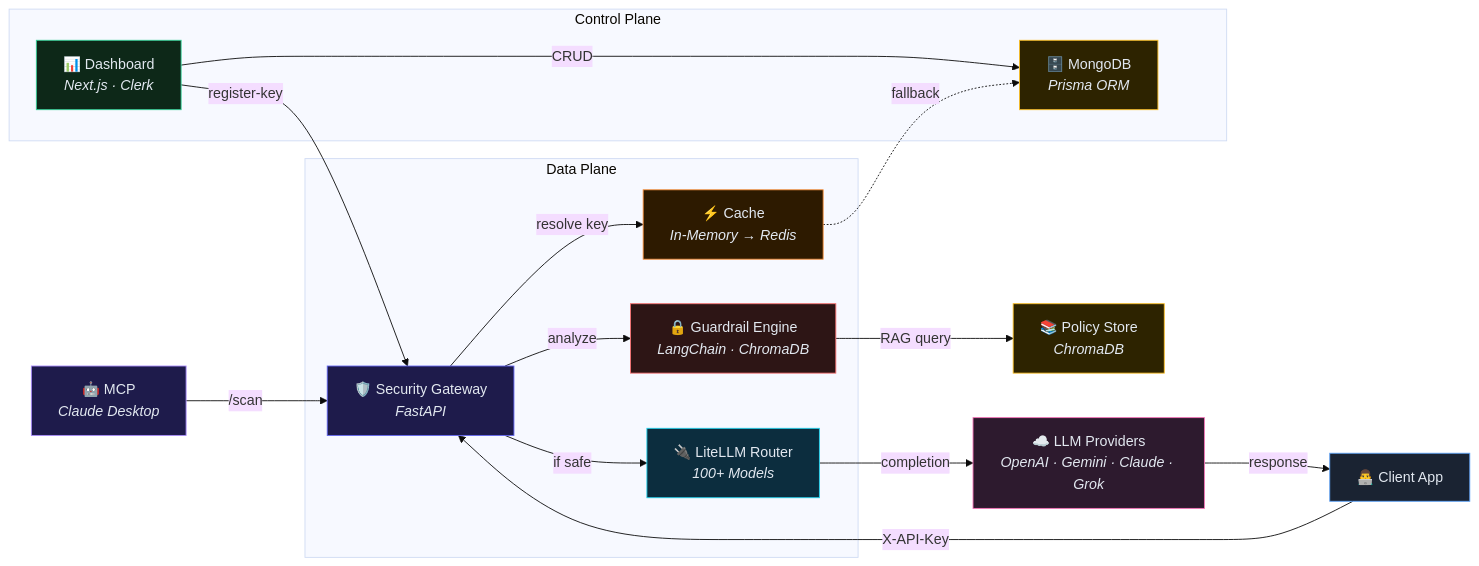
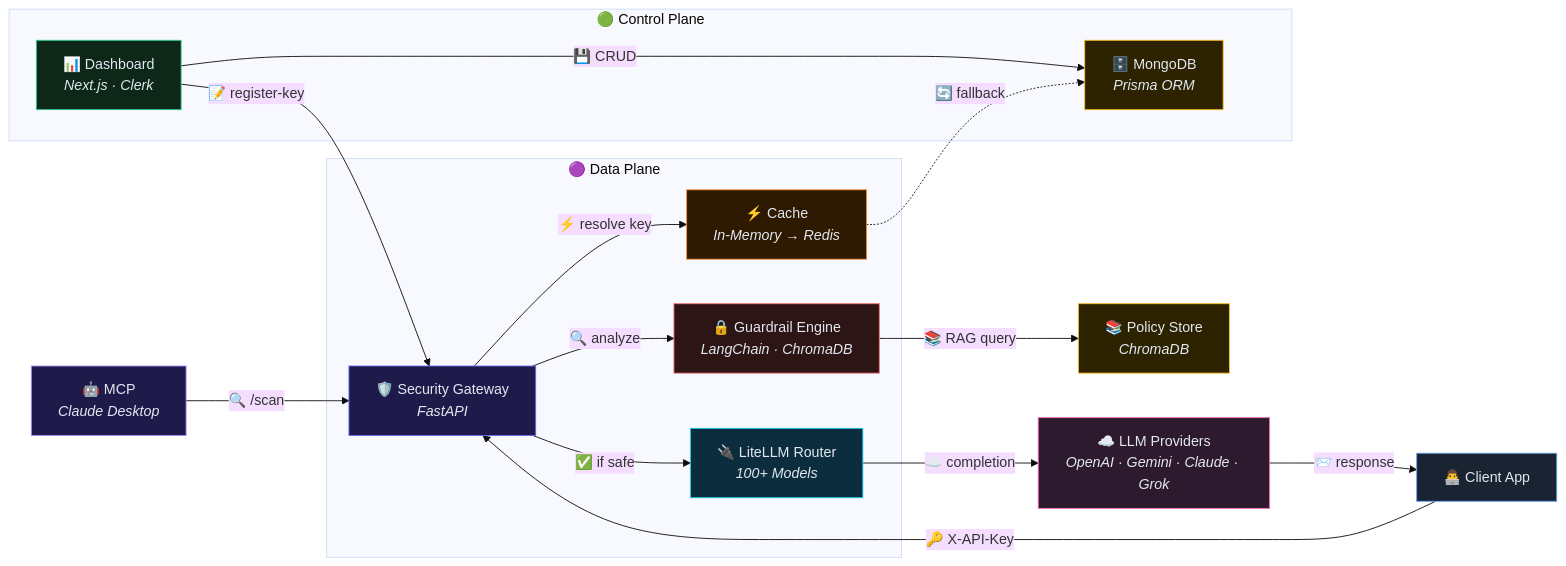
The first of 6 diagrams in README.md (lidorpahima/Redacted), drawn with Mermaid (base theme) before and after one commit. The commit also changed other lines of this file, not shown here.

````diff
--- a/README.md
+++ b/README.md
@@ -26,39 +65,39 @@
 ```mermaid
 graph LR
-    subgraph Control Plane
+    subgraph CP["🟢 Control Plane"]
         Dashboard["📊 Dashboard<br/><i>Next.js · Clerk</i>"]
         DB["🗄️ MongoDB<br/><i>Prisma ORM</i>"]
     end
 
-    subgraph Data Plane
+    subgraph DP["🟣 Data Plane"]
         Gateway["🛡️ Security Gateway<br/><i>FastAPI</i>"]
         Guard["🔒 Guardrail Engine<br/><i>LangChain · ChromaDB</i>"]
         Router["🔌 LiteLLM Router<br/><i>100+ Models</i>"]
         Cache["⚡ Cache<br/><i>In-Memory → Redis</i>"]
     end
 
-    Client["👨‍💻 Client App"] -->|X-API-Key| Gateway
-    Gateway -->|analyze| Guard
-    Guard -->|RAG query| ChromaDB["📚 Policy Store<br/><i>ChromaDB</i>"]
-    Gateway -->|if safe| Router
-    Router -->|completion| Providers["☁️ LLM Providers<br/><i>OpenAI · Gemini · Claude · Grok</i>"]
-    Providers -->|response| Client
+    Client["👨‍💻 Client App"] -->|"🔑 X-API-Key"| Gateway
+    Gateway -->|"🔍 analyze"| Guard
+    Guard -->|"📚 RAG query"| ChromaDB["📚 Policy Store<br/><i>ChromaDB</i>"]
+    Gateway -->|"✅ if safe"| Router
+    Router -->|"☁️ completion"| Providers["☁️ LLM Providers<br/><i>OpenAI · Gemini · Claude · Grok</i>"]
+    Providers -->|"📨 response"| Client
 
-    Dashboard -->|register-key| Gateway
-    Dashboard -->|CRUD| DB
-    Gateway -->|resolve key| Cache
-    Cache -.->|fallback| DB
+    Dashboard -->|"📝 register-key"| Gateway
+    Dashboard -->|"💾 CRUD"| DB
+    Gateway -->|"⚡ resolve key"| Cache
+    Cache -.->|"🔄 fallback"| DB
 
-    MCP["🤖 MCP<br/><i>Claude Desktop</i>"] -->|/scan| Gateway
+    MCP["🤖 MCP<br/><i>Claude Desktop</i>"] -->|"🔍 /scan"| Gateway
 
     style Gateway fill:#1e1b4b,stroke:#6366f1,color:#e2e8f0
     style Guard fill:#2d1515,stroke:#f87171,color:#e2e8f0
     style Router fill:#0c2d3e,stroke:#22d3ee,color:#e2e8f0
     style Dashboard fill:#0d2818,stroke:#34d399,color:#e2e8f0
     style Providers fill:#2d1a2e,stroke:#f472b6,color:#e2e8f0
     style Client fill:#1a2332,stroke:#60a5fa,color:#e2e8f0
     style DB fill:#2d2300,stroke:#fbbf24,color:#e2e8f0
     style Cache fill:#2d1a00,stroke:#fb923c,color:#e2e8f0
     style ChromaDB fill:#2d2300,stroke:#fbbf24,color:#e2e8f0
     style MCP fill:#1e1b4b,stroke:#a78bfa,color:#e2e8f0
 ```
````
